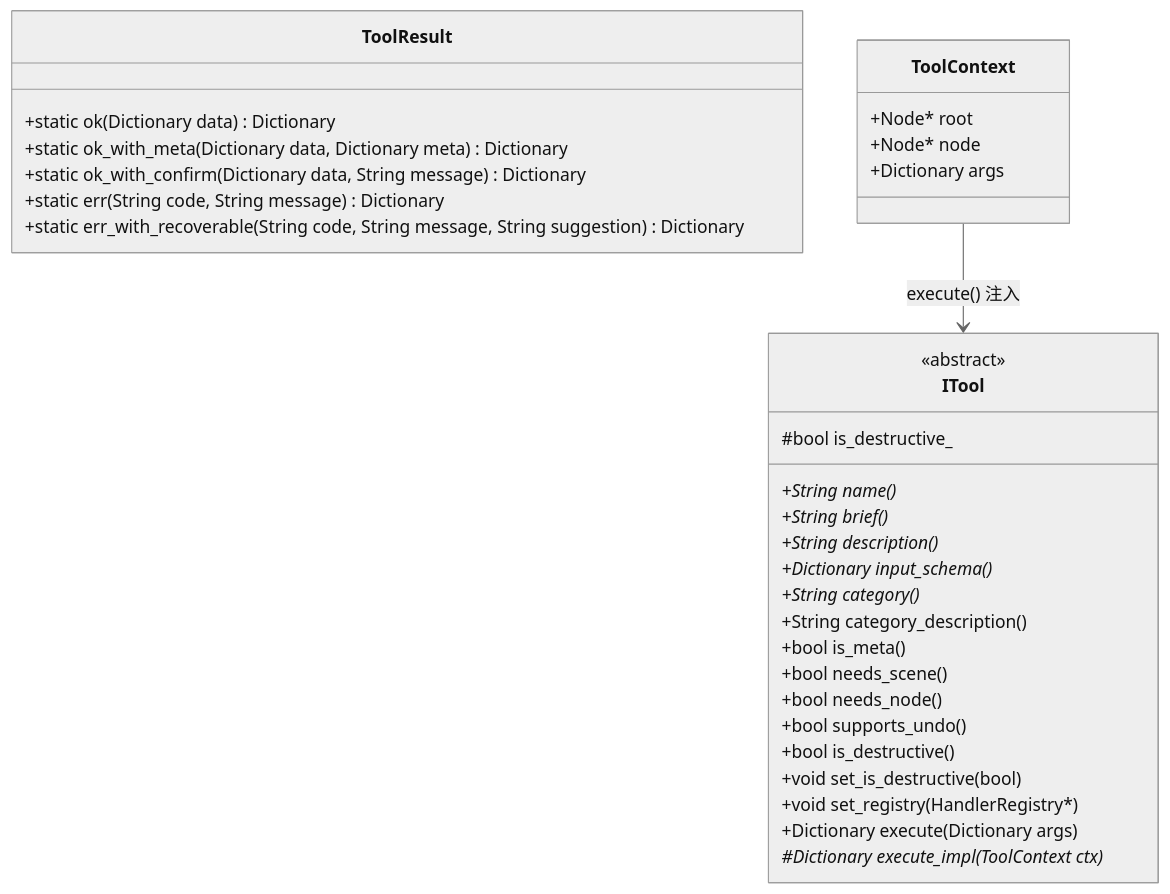
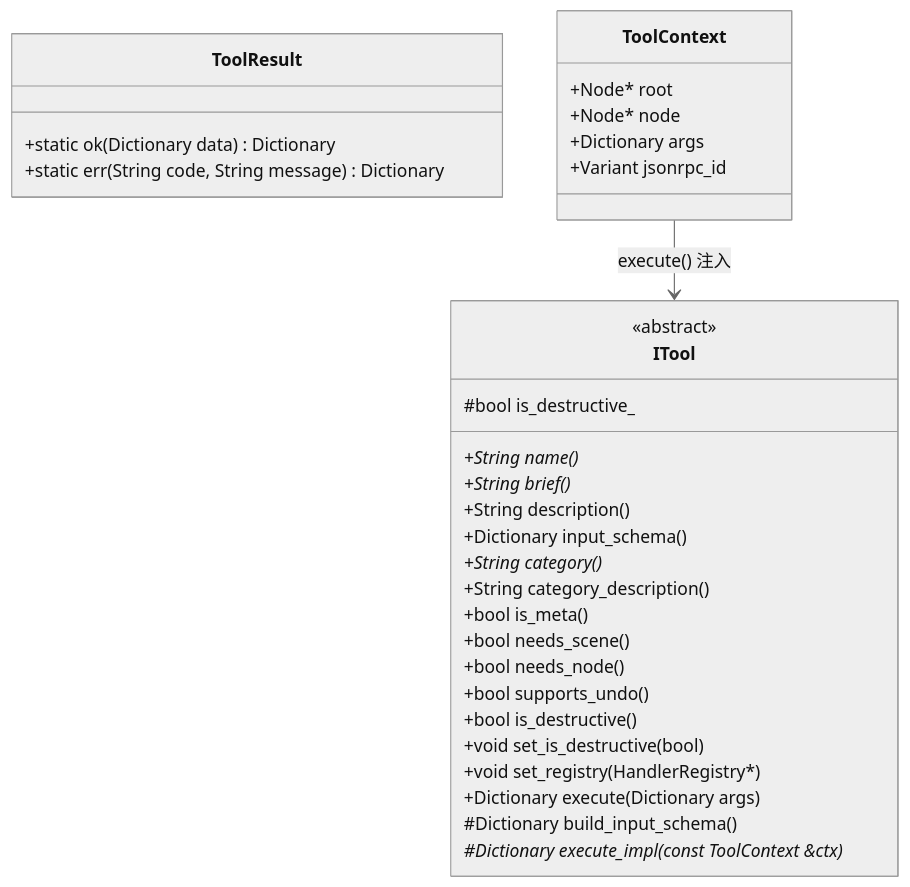
Before and after one commit to jesspig/GodotMCP-GDExtension: the first of 2 diagrams in .repo_wiki/modules/tool-base.md, drawn with Mermaid (neutral theme). The commit also changed other lines of this file and 41 other files, not shown here.

````diff
--- a/.repo_wiki/modules/tool-base.md
+++ b/.repo_wiki/modules/tool-base.md
@@ -34,35 +31,34 @@
 ```mermaid
 classDiagram
     class ToolResult {
         +static ok(Dictionary data) Dictionary
-        +static ok_with_meta(Dictionary data, Dictionary meta) Dictionary
-        +static ok_with_confirm(Dictionary data, String message) Dictionary
         +static err(String code, String message) Dictionary
-        +static err_with_recoverable(String code, String message, String suggestion) Dictionary
     }
     class ToolContext {
         +Node* root
         +Node* node
         +Dictionary args
+        +Variant jsonrpc_id
     }
     class ITool {
         <<abstract>>
         +String name()*
         +String brief()*
-        +String description()*
-        +Dictionary input_schema()*
+        +String description()
+        +Dictionary input_schema()
         +String category()*
         +String category_description()
         +bool is_meta()
         +bool needs_scene()
         +bool needs_node()
         +bool supports_undo()
         +bool is_destructive()
         +void set_is_destructive(bool)
         +void set_registry(HandlerRegistry*)
         +Dictionary execute(Dictionary args)
-        #Dictionary execute_impl(ToolContext ctx)*
+        #Dictionary build_input_schema()
+        #Dictionary execute_impl(const ToolContext &ctx)*
         #bool is_destructive_
     }
     ToolContext --> ITool : execute() 注入
 ```
````
